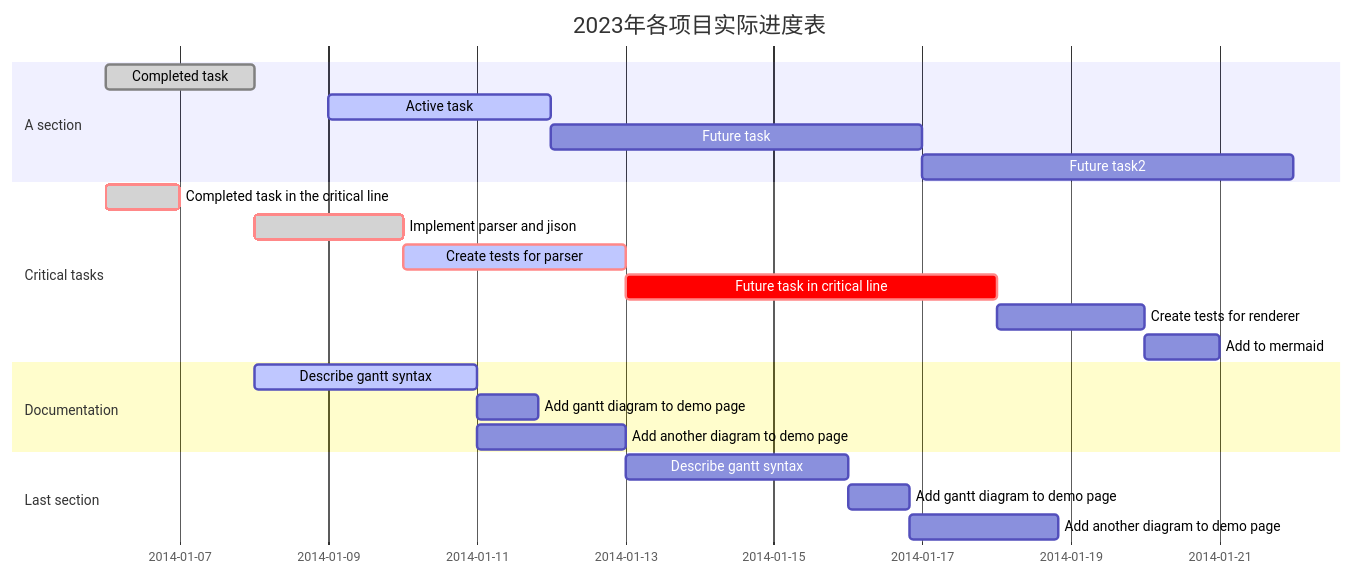
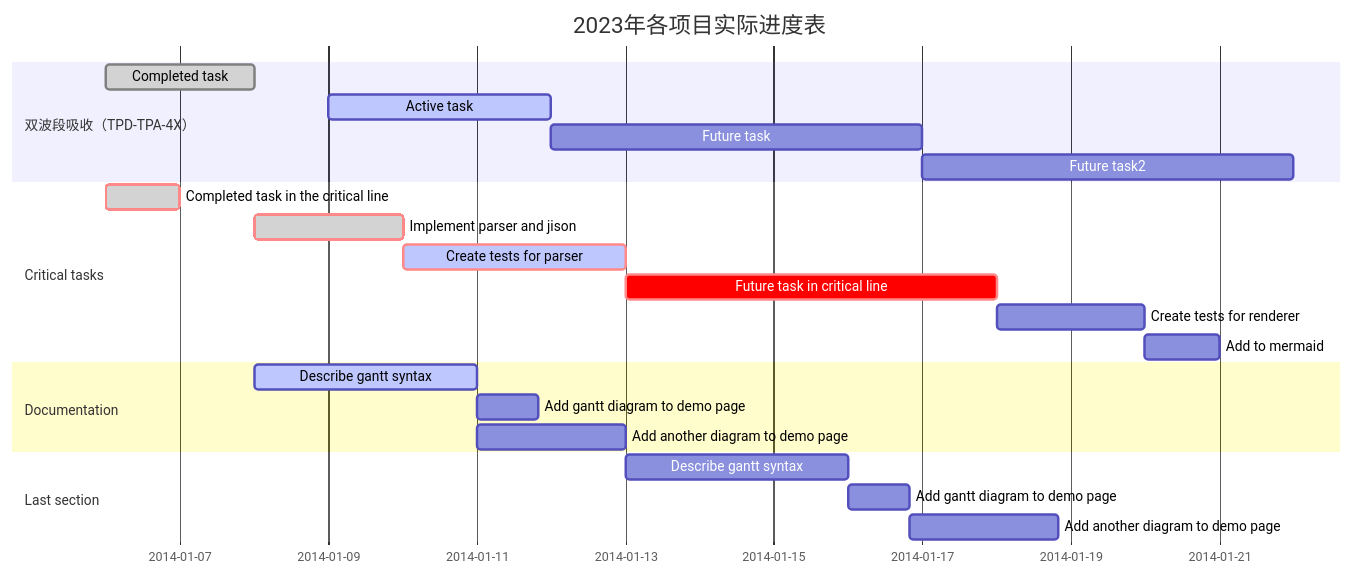
Before and after one commit to qiao-ze/qiao-ze.github.io: the diagram in blog/category1/gantt_weekly.md, drawn with Mermaid.

````diff
--- a/blog/category1/gantt_weekly.md
+++ b/blog/category1/gantt_weekly.md
@@ -17,28 +17,28 @@
 ```mermaid
  gantt
      dateFormat  YYYY-MM-DD
      title 2023年各项目实际进度表
-     section A section
+     section 双波段吸收（TPD-TPA-4X）
      Completed task             :done,    des1, 2014-01-06,2014-01-08
      Active task                :active,  des2, 2014-01-09, 3d
      Future task                :         des3, after des2, 5d
      Future task2               :         des4, after des3, 5d
  
      section Critical tasks
      Completed task in the critical line :crit, done, 2014-01-06,24h
      Implement parser and jison          :crit, done, after des1, 2d
      Create tests for parser             :crit, active, 3d
      Future task in critical line        :crit, 5d
      Create tests for renderer           :2d
      Add to mermaid                      :1d
  
      section Documentation
      Describe gantt syntax               :active, a1, after des1, 3d
      Add gantt diagram to demo page      :after a1  , 20h
      Add another diagram to demo page    :doc1, after a1  , 48h
  
      section Last section
      Describe gantt syntax               :after doc1, 3d
      Add gantt diagram to demo page      : 20h
      Add another diagram to demo page    : 48h
 ```
````
